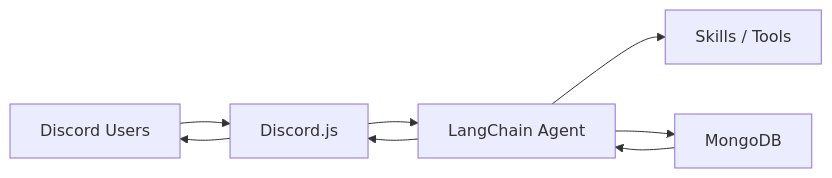
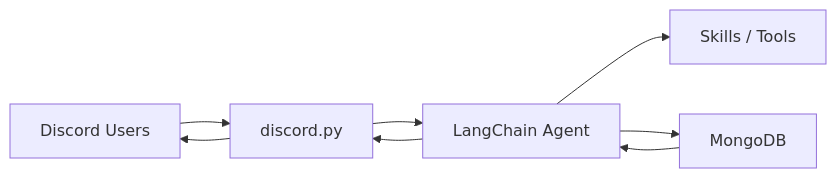
The diagram in README.md (TharunyaSundar/TransitBuddy), drawn with Mermaid before and after one commit. The commit also changed other lines of this file and 58 other files, not shown here.

````diff
--- a/README.md
+++ b/README.md
@@ -48,10 +48,10 @@
 ```mermaid
 flowchart LR
-    A[Discord Users] --> B[Discord.js]
+    A[Discord Users] --> B[discord.py]
     B --> C[LangChain Agent]
     C --> D[Skills / Tools]
     C --> E[MongoDB]
     E --> C
     C --> B
     B --> A
 ```
````
